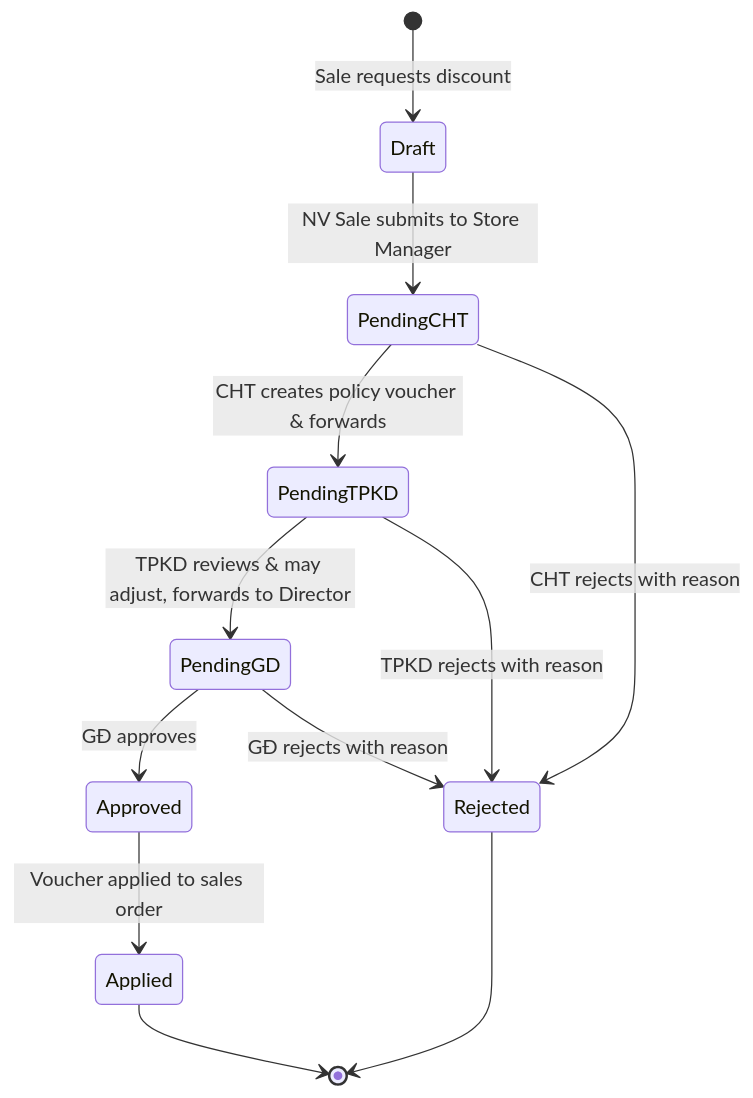
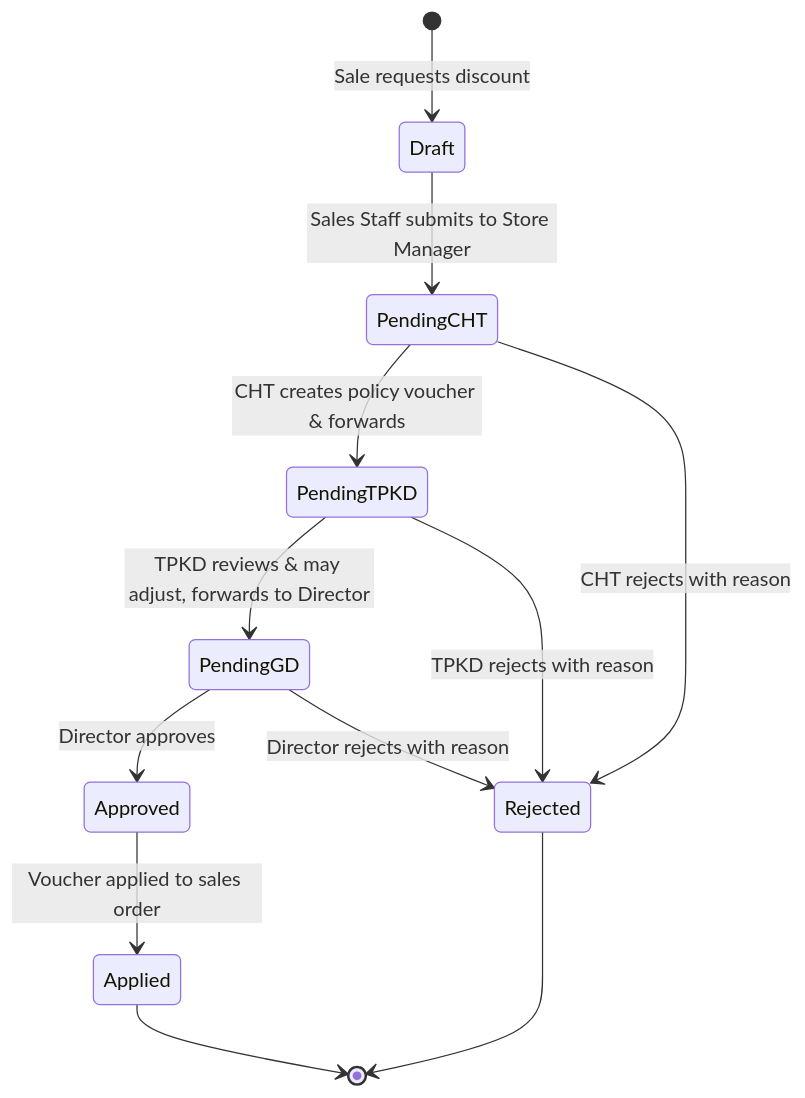
The first of 6 diagrams in .agent/projects/hoaiminh/domain/08-approval-flows.md (PuYet1224/Capstone-ERP-BA), drawn with Mermaid before and after one commit. The commit also changed other lines of this file and 32 other files, not shown here.

````diff
--- a/.agent/projects/hoaiminh/domain/08-approval-flows.md
+++ b/.agent/projects/hoaiminh/domain/08-approval-flows.md
@@ -11,14 +11,14 @@
 ```mermaid
 stateDiagram-v2
     [*] --> Draft: Sale requests discount
-    Draft --> PendingCHT: NV Sale submits to Store Manager
+    Draft --> PendingCHT: Sales Staff submits to Store Manager
     PendingCHT --> PendingTPKD: CHT creates policy voucher & forwards
     PendingTPKD --> PendingGD: TPKD reviews & may adjust, forwards to Director
-    PendingGD --> Approved: GĐ approves
-    PendingGD --> Rejected: GĐ rejects with reason
+    PendingGD --> Approved: Director approves
+    PendingGD --> Rejected: Director rejects with reason
     PendingTPKD --> Rejected: TPKD rejects with reason
     PendingCHT --> Rejected: CHT rejects with reason
     Approved --> Applied: Voucher applied to sales order
     Rejected --> [*]
     Applied --> [*]
 ```
````
